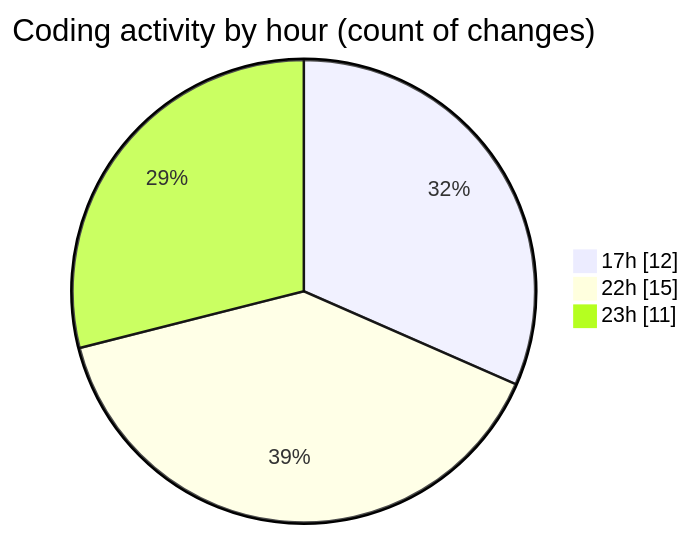
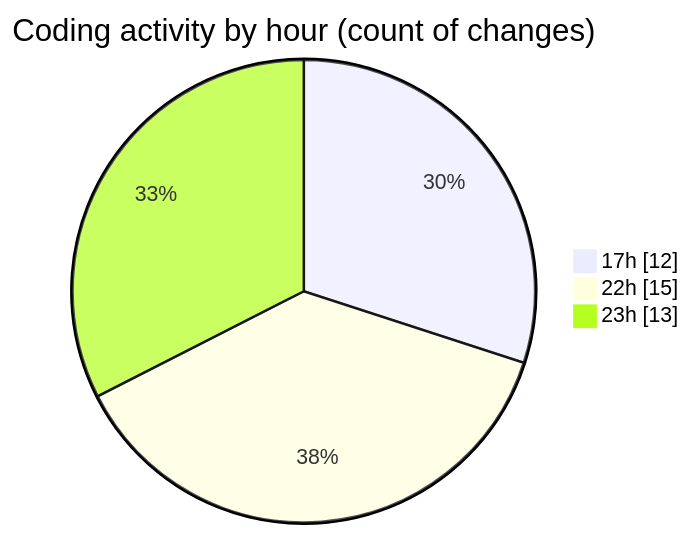
The second of 2 diagrams in 2025-02-25/myws__workspace_/README.md (MatusMokan/code-tracking), drawn with Mermaid before and after one commit. The commit also changed other lines of this file and 1 other file, not shown here.

````diff
--- a/2025-02-25/myws__workspace_/README.md
+++ b/2025-02-25/myws__workspace_/README.md
@@ -34,7 +35,7 @@
 ```mermaid
 pie showData
 title Coding activity by hour (count of changes)
 "17h" : 12
 "22h" : 15
-"23h" : 11
+"23h" : 13
 ```
````
